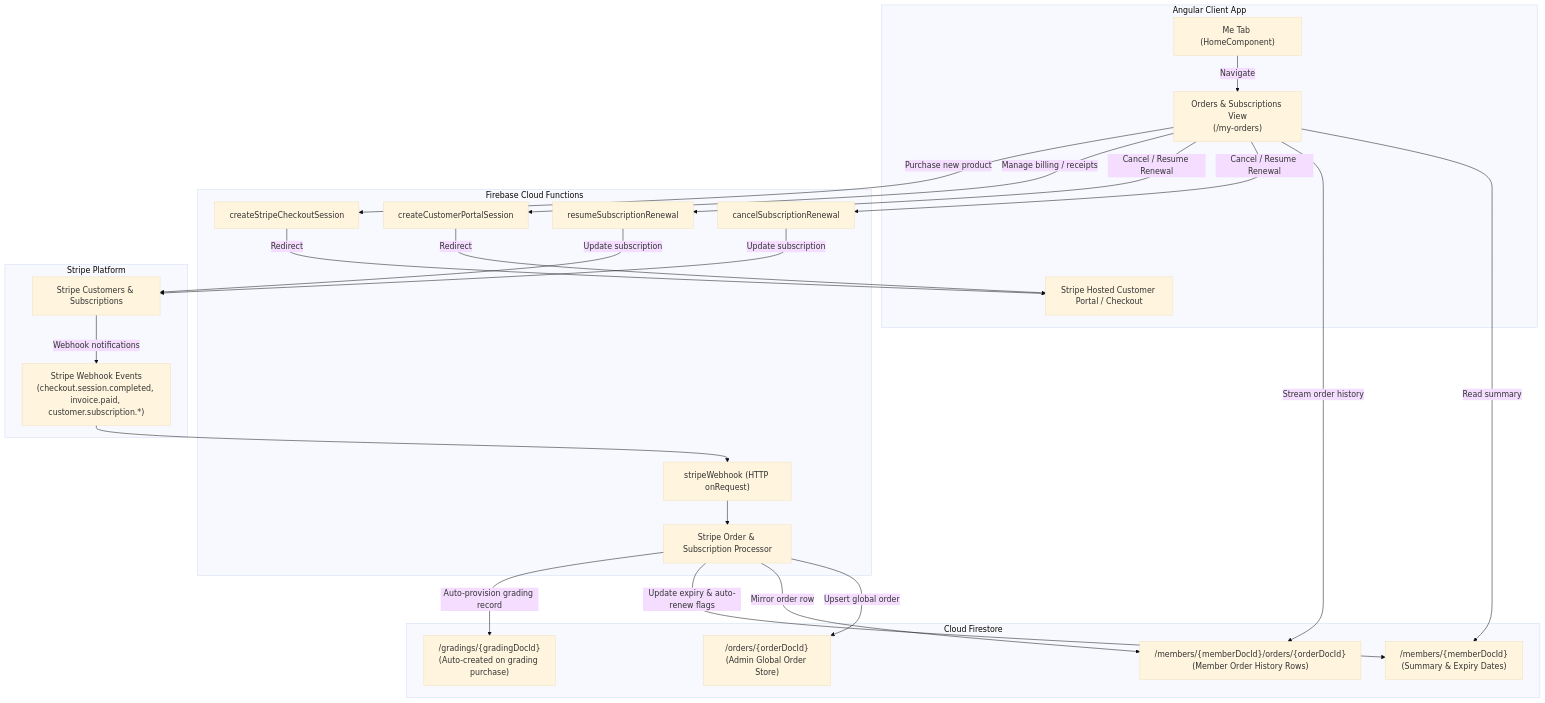
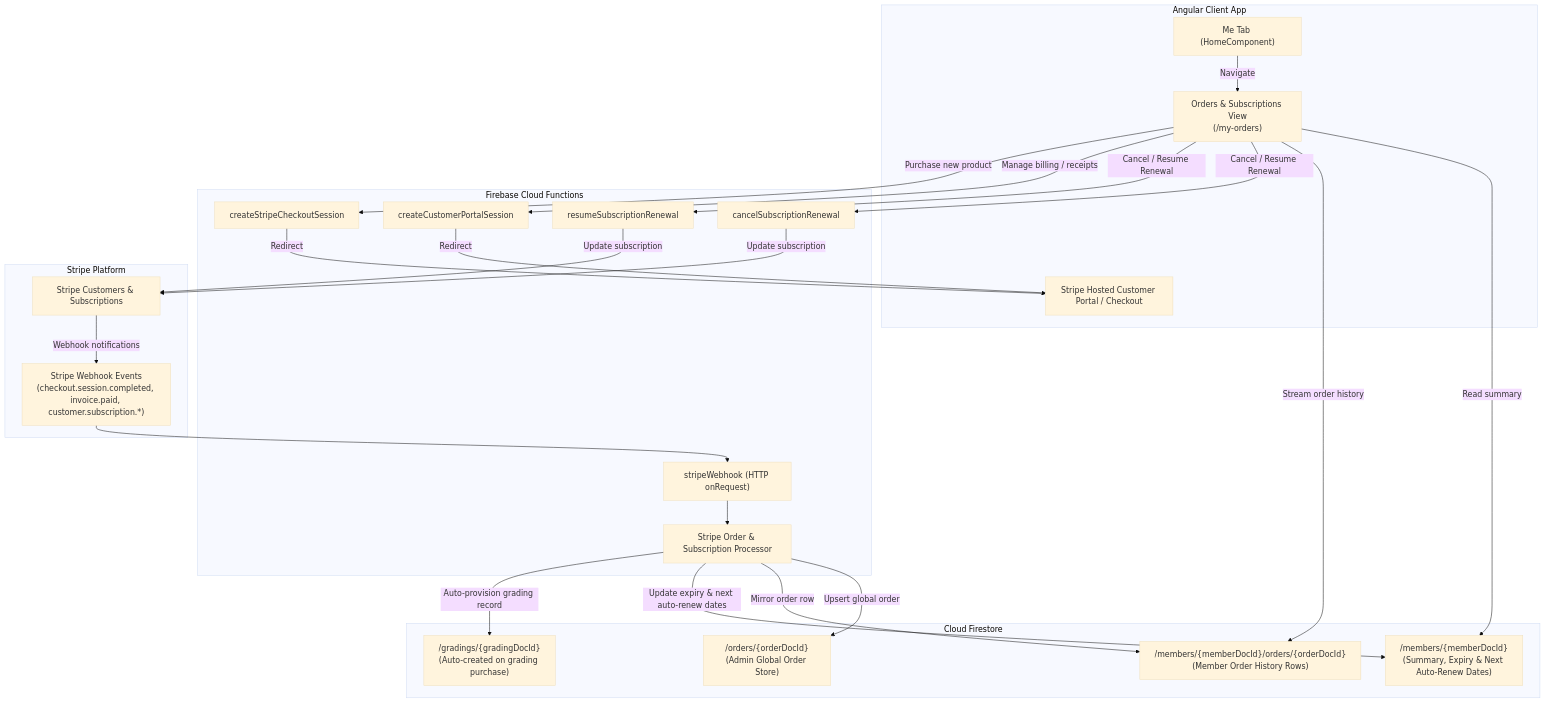
The first of 2 diagrams in docs/orders-and-subscriptions.md (iislucas/ilc-members-manager), drawn with Mermaid (base theme) before and after one commit. The commit also changed other lines of this file, not shown here.

Commit message:
docs: update orders and subscriptions design with explicit nextAutoRenewDate fields

````diff
--- a/docs/orders-and-subscriptions.md
+++ b/docs/orders-and-subscriptions.md
@@ -35,48 +35,48 @@
 ```mermaid
 flowchart TD
     subgraph Client["Angular Client App"]
         MeTab["Me Tab (HomeComponent)"]
         OrdersView["Orders & Subscriptions View\n(/my-orders)"]
         StripePortal["Stripe Hosted Customer Portal / Checkout"]
     end
 
     subgraph Functions["Firebase Cloud Functions"]
         CreateCheckout["createStripeCheckoutSession"]
         CancelSub["cancelSubscriptionRenewal"]
         ResumeSub["resumeSubscriptionRenewal"]
         PortalSession["createCustomerPortalSession"]
         StripeWebhook["stripeWebhook (HTTP onRequest)"]
         OrderProcessor["Stripe Order & Subscription Processor"]
     end
 
     subgraph StripeAPI["Stripe Platform"]
         StripeCust["Stripe Customers & Subscriptions"]
         StripeEvents["Stripe Webhook Events\n(checkout.session.completed, invoice.paid, customer.subscription.*)"]
     end
 
     subgraph Firestore["Cloud Firestore"]
-        MemberDoc["/members/{memberDocId}\n(Summary & Expiry Dates)"]
+        MemberDoc["/members/{memberDocId}\n(Summary, Expiry & Next Auto-Renew Dates)"]
         MemberOrders["/members/{memberDocId}/orders/{orderDocId}\n(Member Order History Rows)"]
         GlobalOrders["/orders/{orderDocId}\n(Admin Global Order Store)"]
         Gradings["/gradings/{gradingDocId}\n(Auto-created on grading purchase)"]
     end
 
     MeTab -->|Navigate| OrdersView
     OrdersView -->|Read summary| MemberDoc
     OrdersView -->|Stream order history| MemberOrders
     OrdersView -->|Cancel / Resume Renewal| CancelSub & ResumeSub
     OrdersView -->|Manage billing / receipts| PortalSession
     PortalSession -->|Redirect| StripePortal
     OrdersView -->|Purchase new product| CreateCheckout
     CreateCheckout -->|Redirect| StripePortal
 
     CancelSub & ResumeSub -->|Update subscription| StripeCust
     StripeCust -->|Webhook notifications| StripeEvents
     StripeEvents --> StripeWebhook
     StripeWebhook --> OrderProcessor
 
     OrderProcessor -->|Upsert global order| GlobalOrders
     OrderProcessor -->|Mirror order row| MemberOrders
-    OrderProcessor -->|Update expiry & auto-renew flags| MemberDoc
+    OrderProcessor -->|Update expiry & next auto-renew dates| MemberDoc
     OrderProcessor -->|Auto-provision grading record| Gradings
 ```
````
